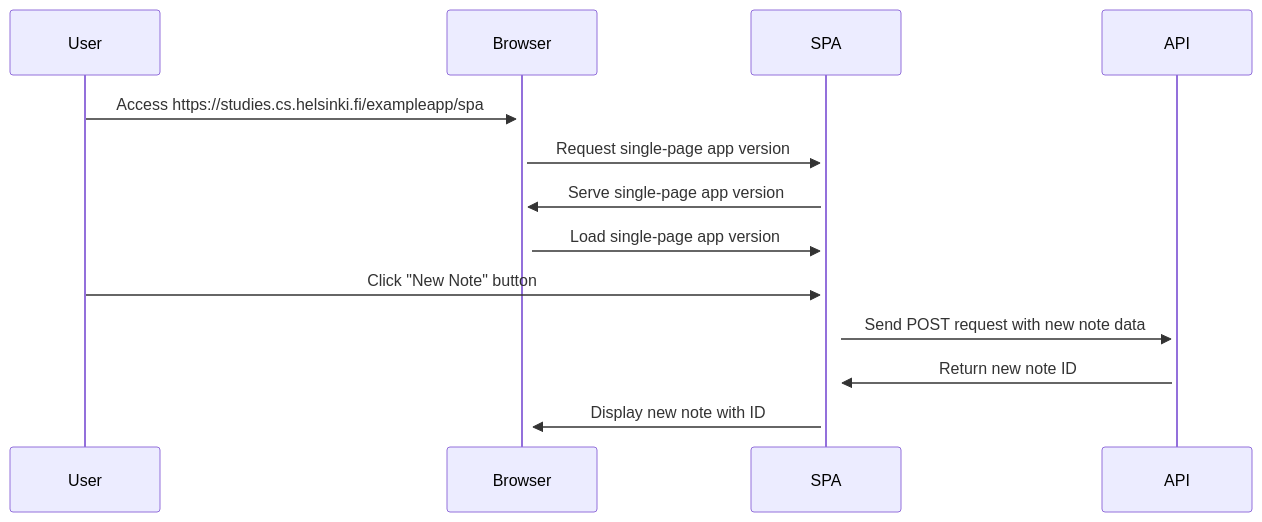
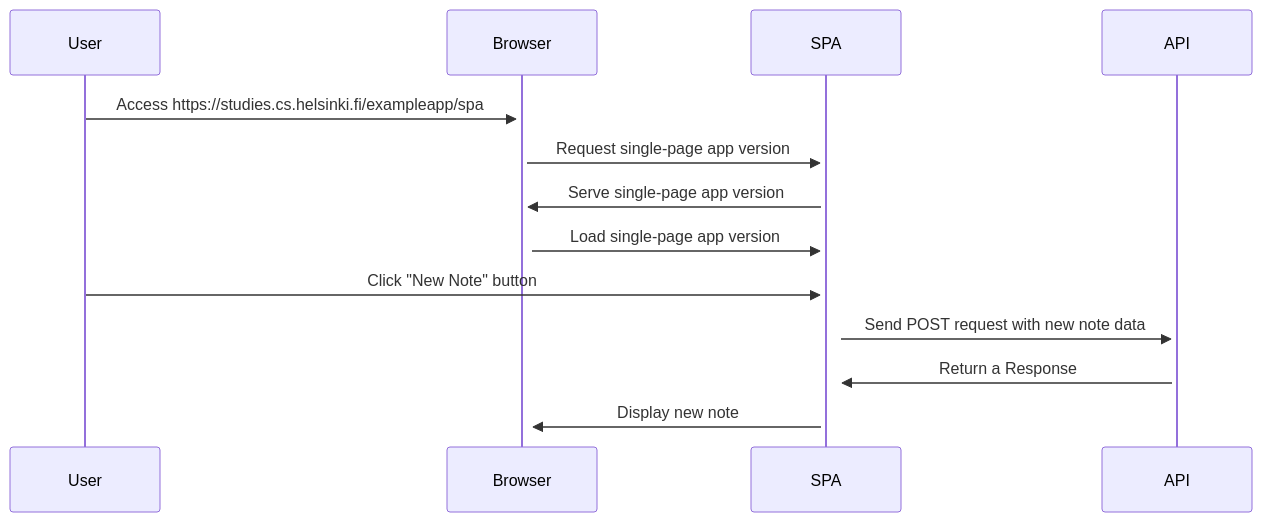
Before and after one commit to ArunaNuwantha/Full-Stack-OpenCourse: the diagram in part0/6/README.md, drawn with Mermaid.

Commit message:
updated 0.6 diagram

````diff
--- a/part0/6/README.md
+++ b/part0/6/README.md
@@ -1,16 +1,16 @@
 ```mermaid
 sequenceDiagram
     participant User
     participant Browser
     participant SPA
     participant API
 
     User->>+Browser: Access https://studies.cs.helsinki.fi/exampleapp/spa
     Browser->>+SPA: Request single-page app version
     SPA->>+Browser: Serve single-page app version
     Browser->>+SPA: Load single-page app version
     User->>+SPA: Click "New Note" button
     SPA->>+API: Send POST request with new note data
-    API->>+SPA: Return new note ID
-    SPA->>+Browser: Display new note with ID
+    API->>+SPA: Return a Response
+    SPA->>+Browser: Display new note
 ```
````
